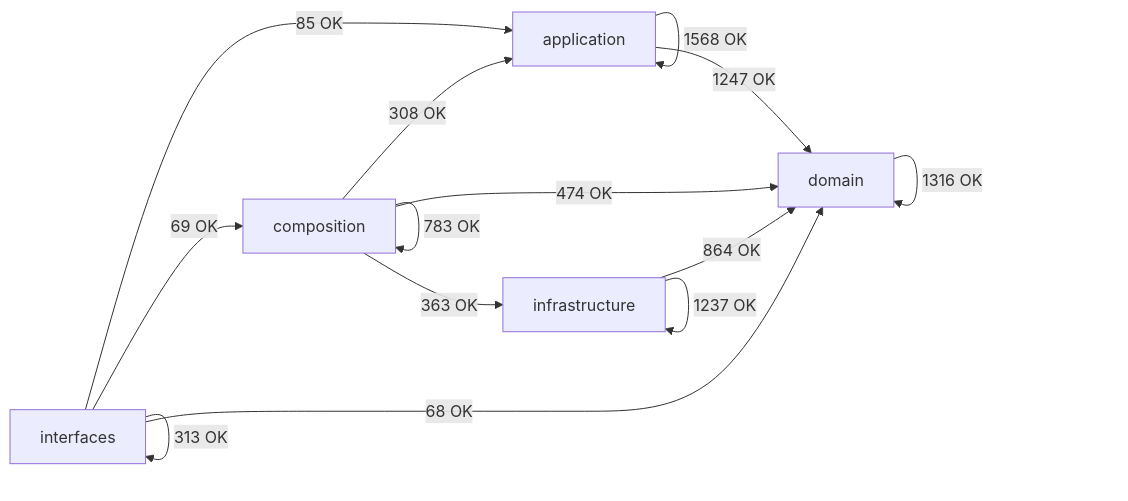
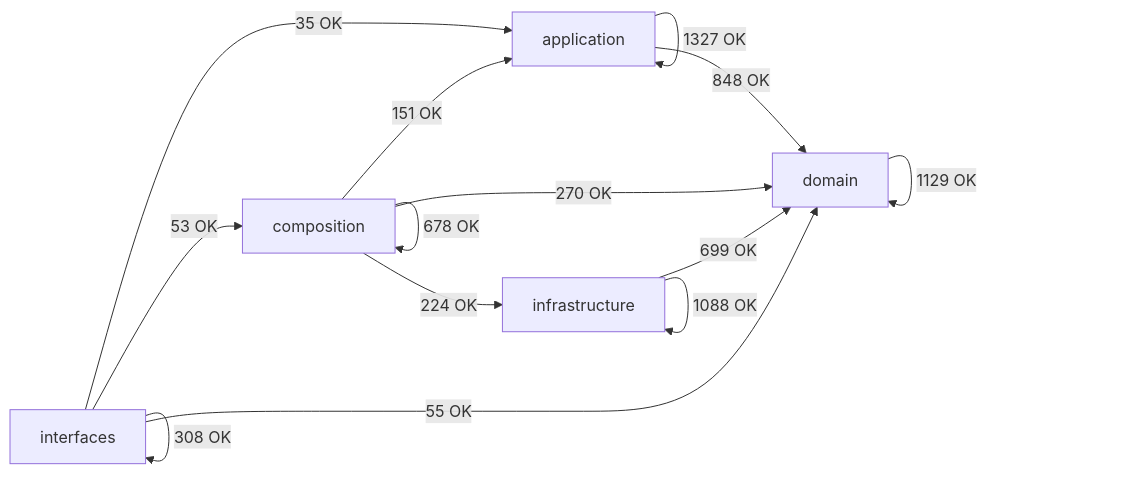
The diagram in docs/02-architecture/generated/module-dependency-map.md (SatoryKono/BioactivityDataAcquisition), drawn with Mermaid before and after one commit. The commit also changed other lines of this file and 63 other files, not shown here.

````diff
--- a/docs/02-architecture/generated/module-dependency-map.md
+++ b/docs/02-architecture/generated/module-dependency-map.md
@@ -17,21 +17,21 @@
 ```mermaid
 flowchart LR
     domain[domain]
     application[application]
     infrastructure[infrastructure]
     composition[composition]
     interfaces[interfaces]
-    application -->|1568 OK| application
-    application -->|1247 OK| domain
-    composition -->|308 OK| application
-    composition -->|783 OK| composition
-    composition -->|474 OK| domain
-    composition -->|363 OK| infrastructure
-    domain -->|1316 OK| domain
-    infrastructure -->|864 OK| domain
-    infrastructure -->|1237 OK| infrastructure
-    interfaces -->|85 OK| application
-    interfaces -->|69 OK| composition
-    interfaces -->|68 OK| domain
-    interfaces -->|313 OK| interfaces
+    application -->|1327 OK| application
+    application -->|848 OK| domain
+    composition -->|151 OK| application
+    composition -->|678 OK| composition
+    composition -->|270 OK| domain
+    composition -->|224 OK| infrastructure
+    domain -->|1129 OK| domain
+    infrastructure -->|699 OK| domain
+    infrastructure -->|1088 OK| infrastructure
+    interfaces -->|35 OK| application
+    interfaces -->|53 OK| composition
+    interfaces -->|55 OK| domain
+    interfaces -->|308 OK| interfaces
 ```
````
